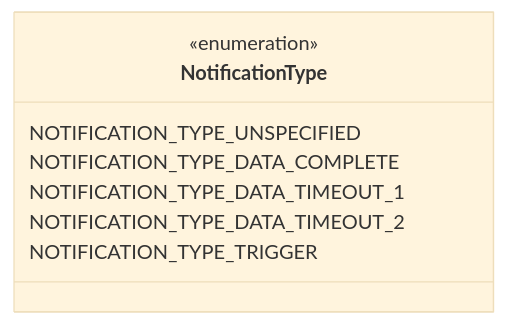
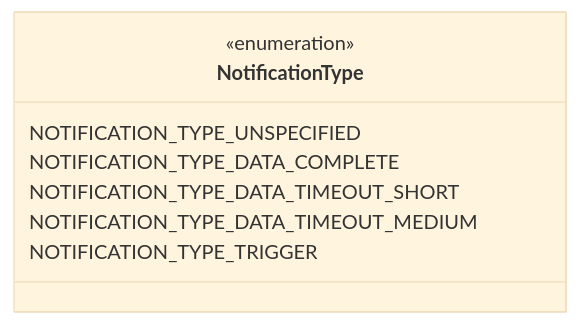
Before and after one commit to zaphiro-technologies/protobuf: the second of 5 diagrams in docs/task.proto.md, drawn with Mermaid (base theme). The commit also changed other lines of this file and 3 other files, not shown here.

First line of the commit message:
Update NotificationType names (#17)

````diff
--- a/docs/task.proto.md
+++ b/docs/task.proto.md
@@ -67,14 +67,14 @@
 ```mermaid
 classDiagram
 direction LR
 %% The different type of notifications generated by the real time processing.
 
 class NotificationType{
   <<enumeration>>
   NOTIFICATION_TYPE_UNSPECIFIED
   NOTIFICATION_TYPE_DATA_COMPLETE
-  NOTIFICATION_TYPE_DATA_TIMEOUT_1
-  NOTIFICATION_TYPE_DATA_TIMEOUT_2
+  NOTIFICATION_TYPE_DATA_TIMEOUT_SHORT
+  NOTIFICATION_TYPE_DATA_TIMEOUT_MEDIUM
   NOTIFICATION_TYPE_TRIGGER
 }
 ```
````
